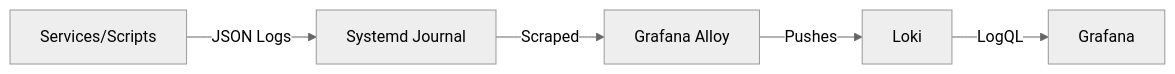
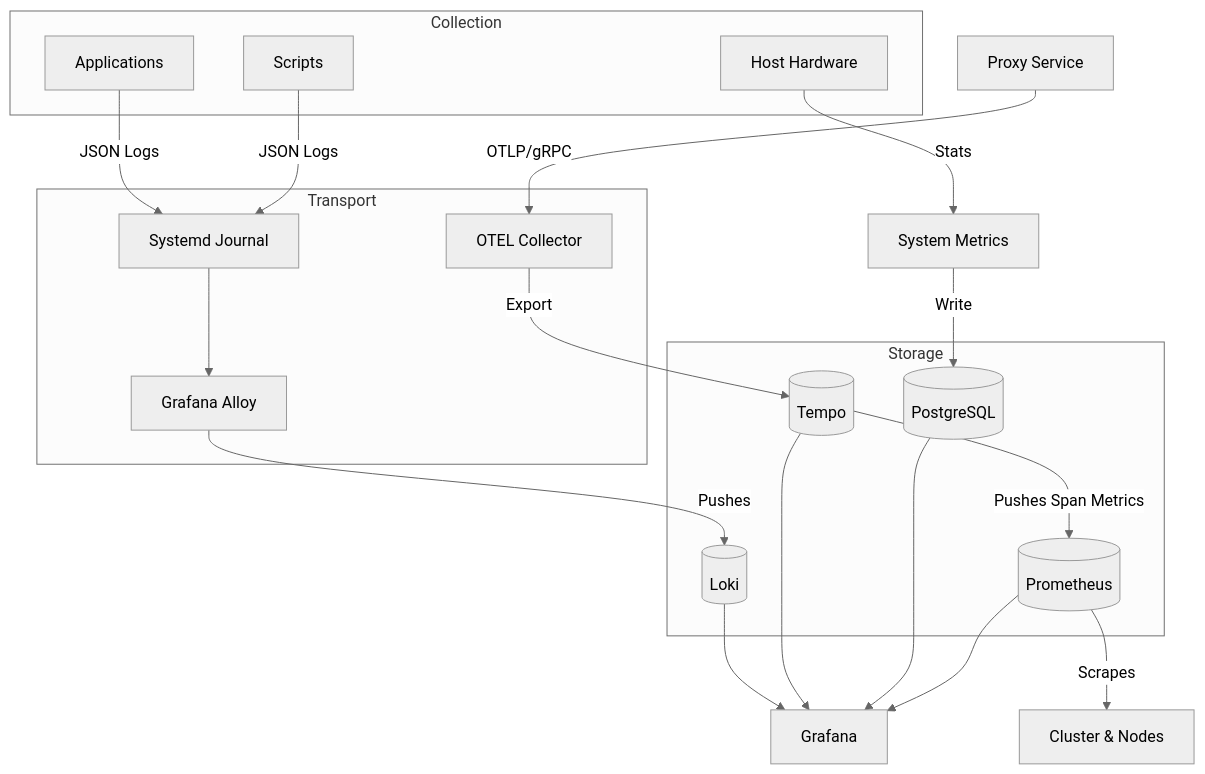
The diagram in docs/architecture/core-concepts/observability.md (victoriacheng15/observability-hub), drawn with Mermaid (neutral theme) before and after one commit. The commit also changed other lines of this file and 7 other files, not shown here.

````diff
--- a/docs/architecture/core-concepts/observability.md
+++ b/docs/architecture/core-concepts/observability.md
@@ -7,7 +7,40 @@
 ```mermaid
-graph LR
-    Apps[Services/Scripts] -->|JSON Logs| Journal[Systemd Journal]
-    Journal -->|Scraped| Alloy[Grafana Alloy]
-    Alloy -->|Pushes| Loki[Loki]
-    Loki -->|LogQL| Grafana[Grafana]
+graph TD
+    subgraph Collection
+        App[Applications]
+        Script[Scripts]
+        Hardware[Host Hardware]
+    end
+
+    subgraph Transport
+        Journal[Systemd Journal]
+        Alloy[Grafana Alloy]
+        OTEL[OTEL Collector]
+    end
+
+    subgraph Storage
+        Loki[(Loki)]
+        Tempo[(Tempo)]
+        PG[(PostgreSQL)]
+        Prom[(Prometheus)]
+    end
+
+    %% Logging Flow
+    App -->|JSON Logs| Journal
+    Script -->|JSON Logs| Journal
+    Journal --> Alloy
+    Alloy -->|Pushes| Loki
+
+    %% Tracing Flow (Selective)
+    Proxy[Proxy Service] -->|OTLP/gRPC| OTEL
+    OTEL -->|Export| Tempo
+
+    %% Metrics Flow
+    Hardware -->|Stats| Metrics[System Metrics]
+    Metrics -->|Write| PG
+    Prom[(Prometheus)] -->|Scrapes| Infrastructure[Cluster & Nodes]
+    Tempo -->|Pushes Span Metrics| Prom
+
+    %% Visualization
+    Loki & Tempo & PG & Prom --> Grafana[Grafana]
 ```
````
